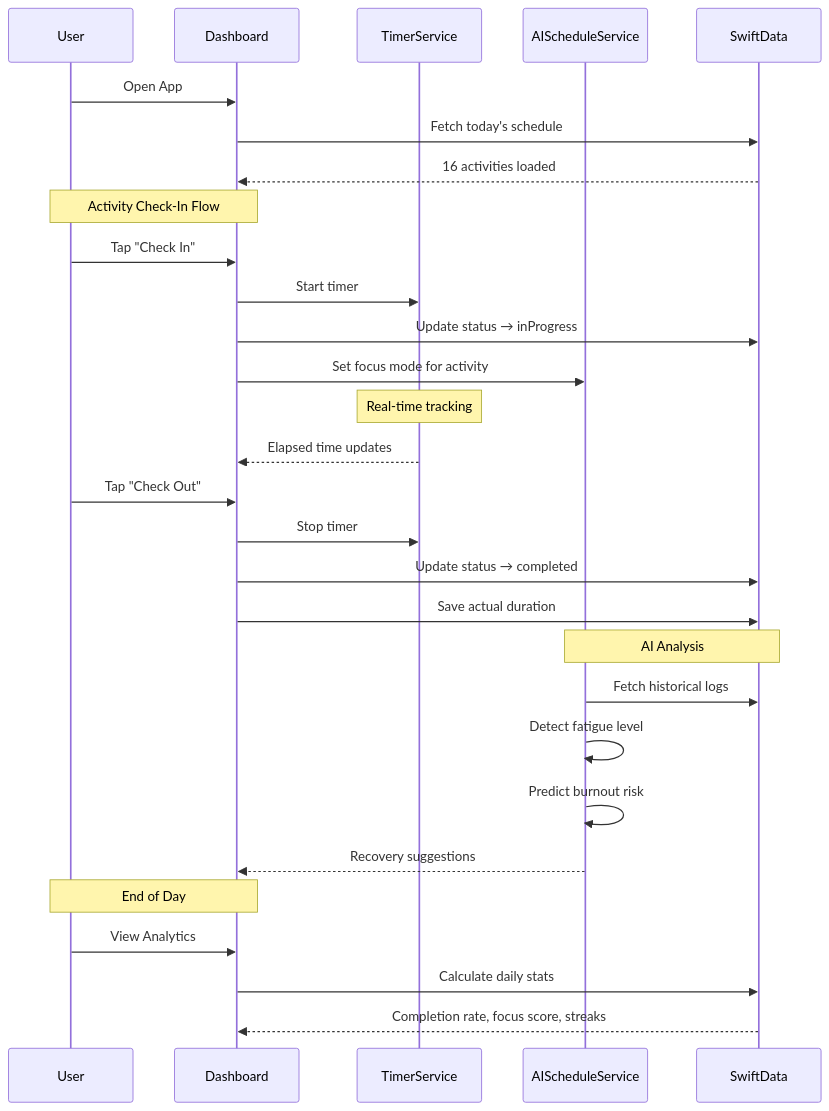
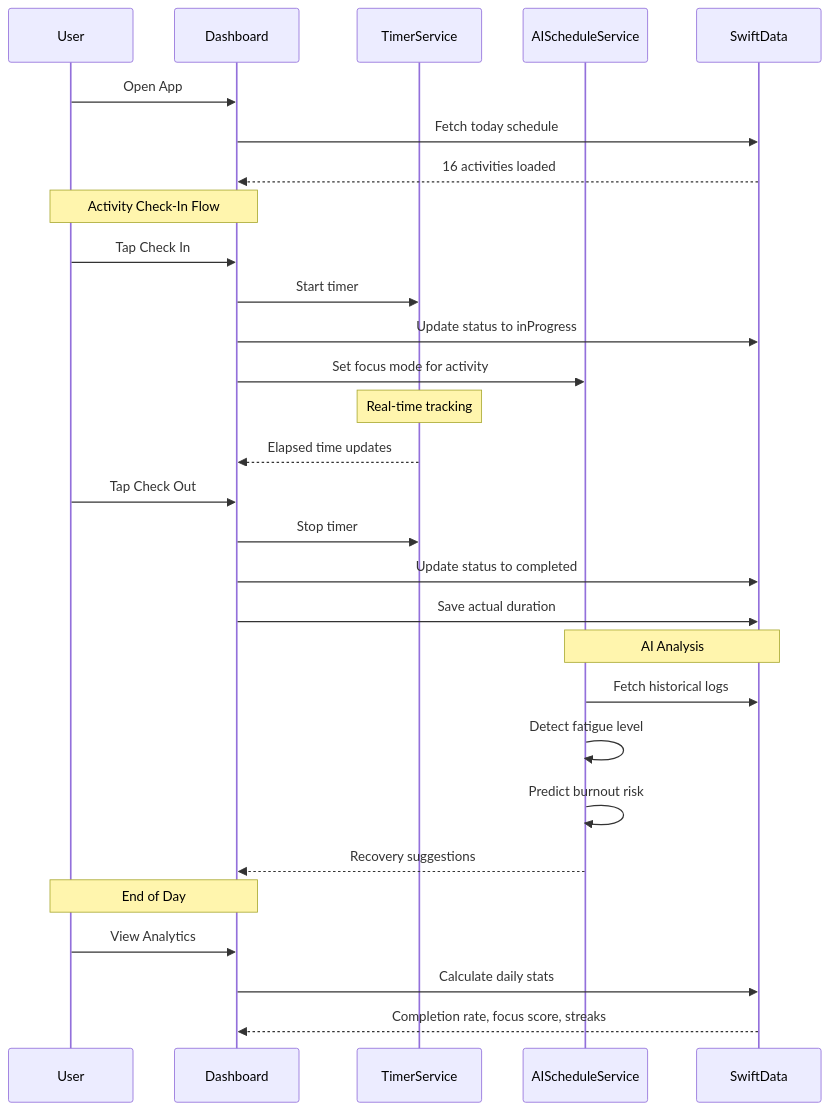
One commit to mrphuoctan/daily-routine changed the third of 3 diagrams in README.md. Above: the diagram before and after it, drawn with Mermaid. The commit also changed other lines of this file and 9 other files, not shown here.

````diff
--- a/README.md
+++ b/README.md
@@ -207,37 +207,37 @@
 ```mermaid
 sequenceDiagram
     participant User
     participant Dashboard
     participant Timer as TimerService
     participant AI as AIScheduleService
     participant DB as SwiftData
 
     User->>Dashboard: Open App
-    Dashboard->>DB: Fetch today's schedule
+    Dashboard->>DB: Fetch today schedule
     DB-->>Dashboard: 16 activities loaded
 
     Note over User,Dashboard: Activity Check-In Flow
-    User->>Dashboard: Tap "Check In"
+    User->>Dashboard: Tap Check In
     Dashboard->>Timer: Start timer
-    Dashboard->>DB: Update status → inProgress
+    Dashboard->>DB: Update status to inProgress
     Dashboard->>AI: Set focus mode for activity
 
     Note over Timer: Real-time tracking
     Timer-->>Dashboard: Elapsed time updates
 
-    User->>Dashboard: Tap "Check Out"
+    User->>Dashboard: Tap Check Out
     Dashboard->>Timer: Stop timer
-    Dashboard->>DB: Update status → completed
+    Dashboard->>DB: Update status to completed
     Dashboard->>DB: Save actual duration
 
     Note over AI,DB: AI Analysis
     AI->>DB: Fetch historical logs
     AI->>AI: Detect fatigue level
     AI->>AI: Predict burnout risk
     AI-->>Dashboard: Recovery suggestions
 
     Note over User,Dashboard: End of Day
     User->>Dashboard: View Analytics
     Dashboard->>DB: Calculate daily stats
     DB-->>Dashboard: Completion rate, focus score, streaks
 ```
````
